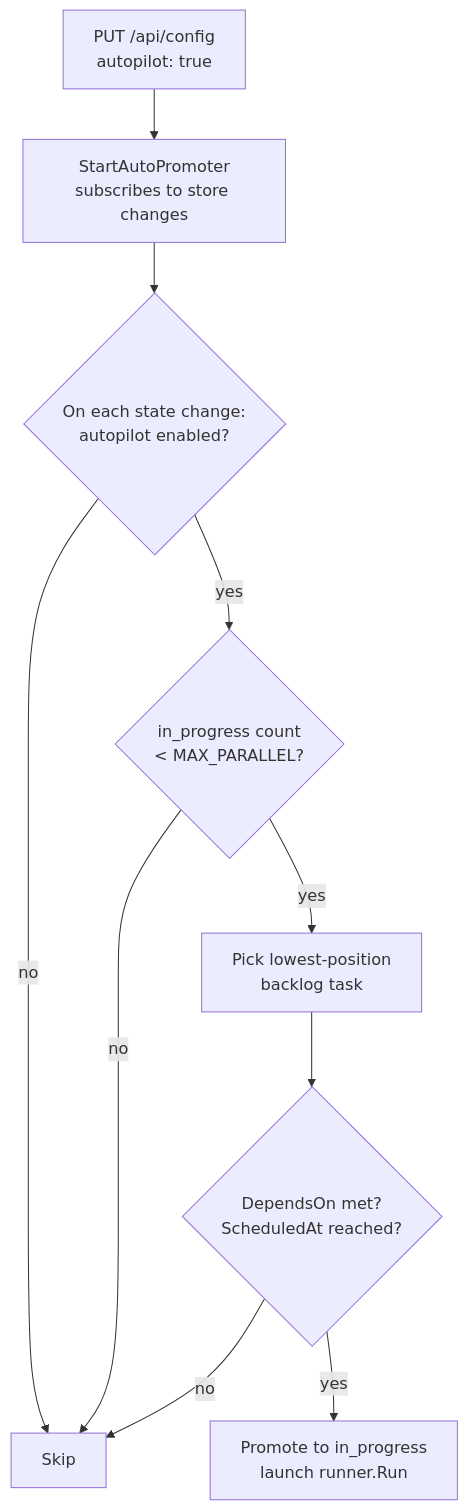
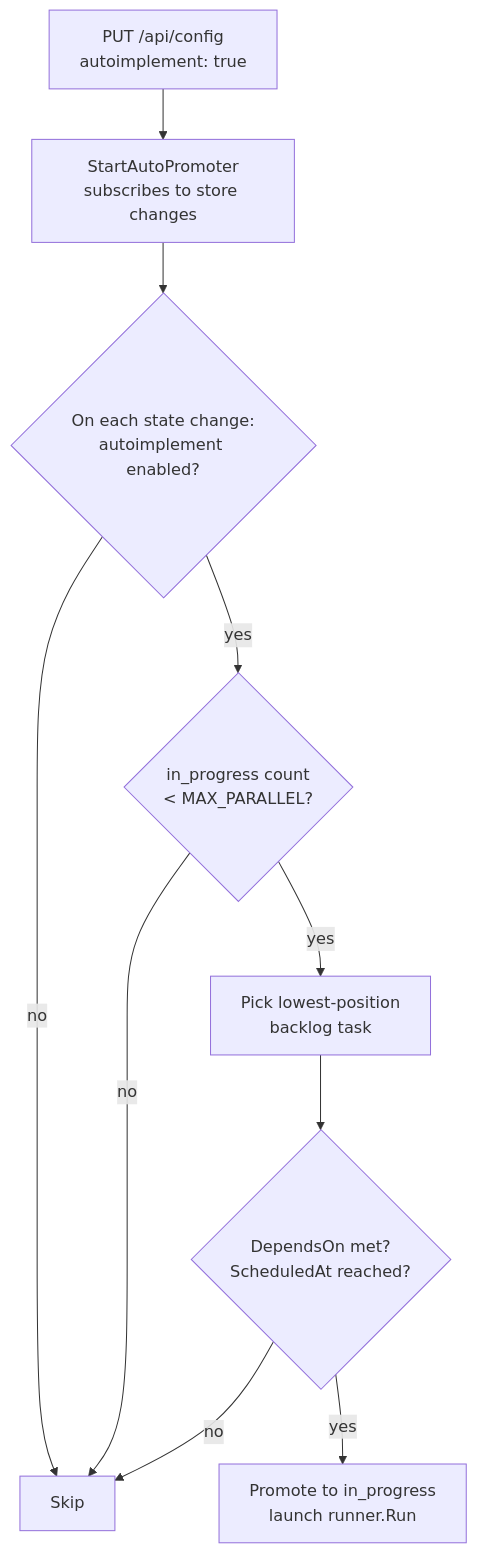
One commit to changkun/wallfacer changed the second of 5 diagrams in docs/internals/automation.md. Above: the diagram before and after it, drawn with Mermaid. The commit also changed other lines of this file and 60 other files, not shown here.

First line of the commit message:
refactor(autoimplement): rename Autopilot to Autoimplement

````diff
--- a/docs/internals/automation.md
+++ b/docs/internals/automation.md
@@ -116,12 +116,12 @@
 ```mermaid
 flowchart TD
-    Enable["PUT /api/config<br/>autopilot: true"] --> Subscribe["StartAutoPromoter<br/>subscribes to store changes"]
-    Subscribe --> Check{"On each state change:<br/>autopilot enabled?"}
+    Enable["PUT /api/config<br/>autoimplement: true"] --> Subscribe["StartAutoPromoter<br/>subscribes to store changes"]
+    Subscribe --> Check{"On each state change:<br/>autoimplement enabled?"}
     Check -->|no| Skip[Skip]
     Check -->|yes| Capacity{"in_progress count<br/>< MAX_PARALLEL?"}
     Capacity -->|no| Skip
     Capacity -->|yes| Pick["Pick lowest-position<br/>backlog task"]
     Pick --> Deps{"DependsOn met?<br/>ScheduledAt reached?"}
     Deps -->|no| Skip
     Deps -->|yes| Promote["Promote to in_progress<br/>launch runner.Run"]
 ```
````
